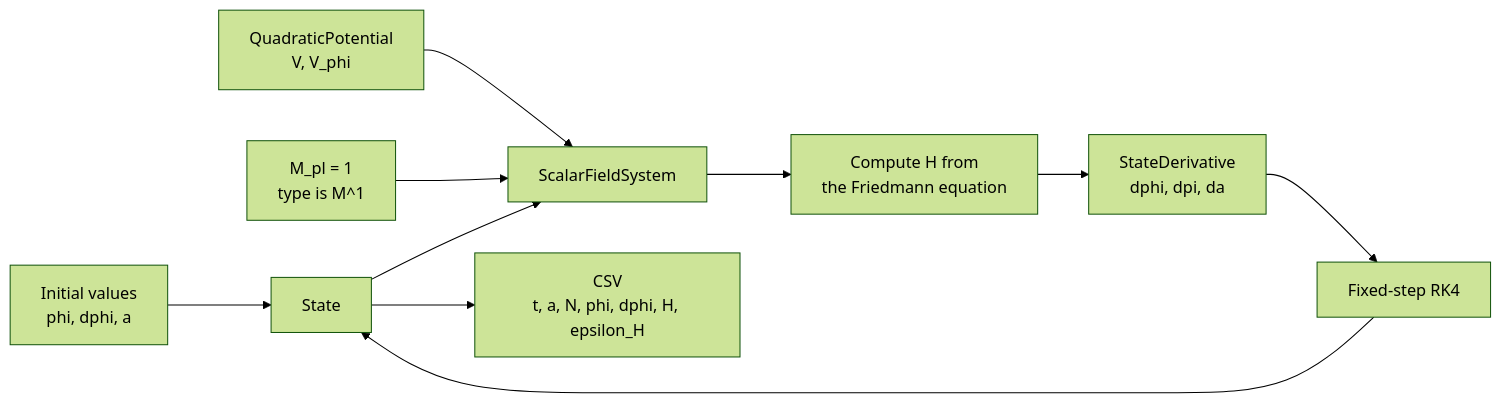
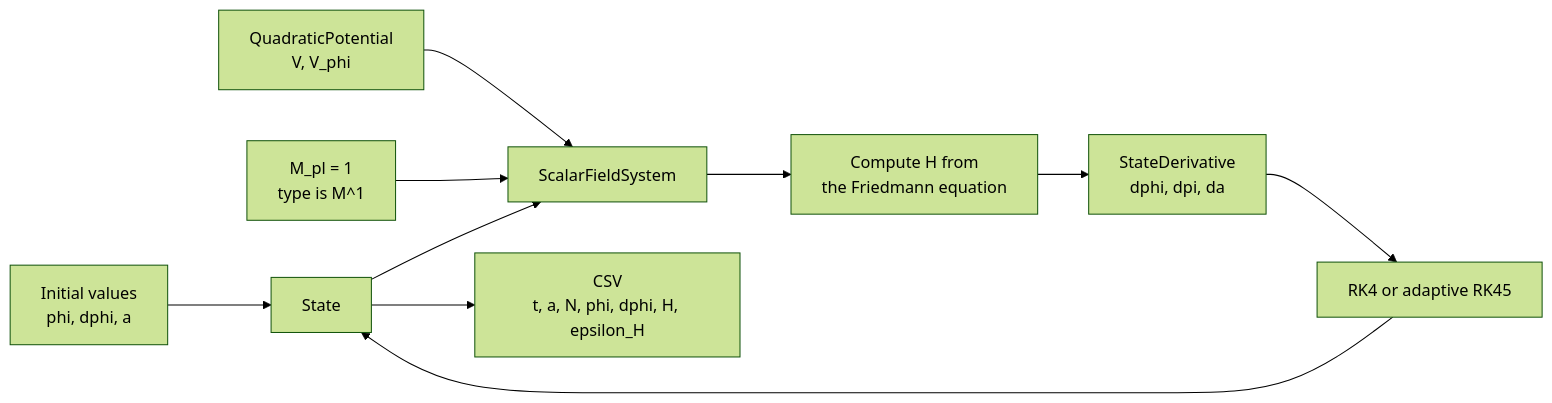
Before and after one commit to inuverse44/phys-type: the diagram in docs/mvp-design.md, drawn with Mermaid (forest theme). The commit also changed other lines of this file and 6 other files, not shown here.

````diff
--- a/docs/mvp-design.md
+++ b/docs/mvp-design.md
@@ -225,12 +227,12 @@
 ```mermaid
 flowchart LR
     IC["Initial values<br/>phi, dphi, a"] --> S["State"]
     P["QuadraticPotential<br/>V, V_phi"] --> SYS["ScalarFieldSystem"]
     MP["M_pl = 1<br/>type is M^1"] --> SYS
     S --> SYS
     SYS --> H["Compute H from<br/>the Friedmann equation"]
     H --> D["StateDerivative<br/>dphi, dpi, da"]
-    D --> RK["Fixed-step RK4"]
+    D --> RK["RK4 or adaptive RK45"]
     RK --> S
     S --> CSV["CSV<br/>t, a, N, phi, dphi, H, epsilon_H"]
 ```
````
